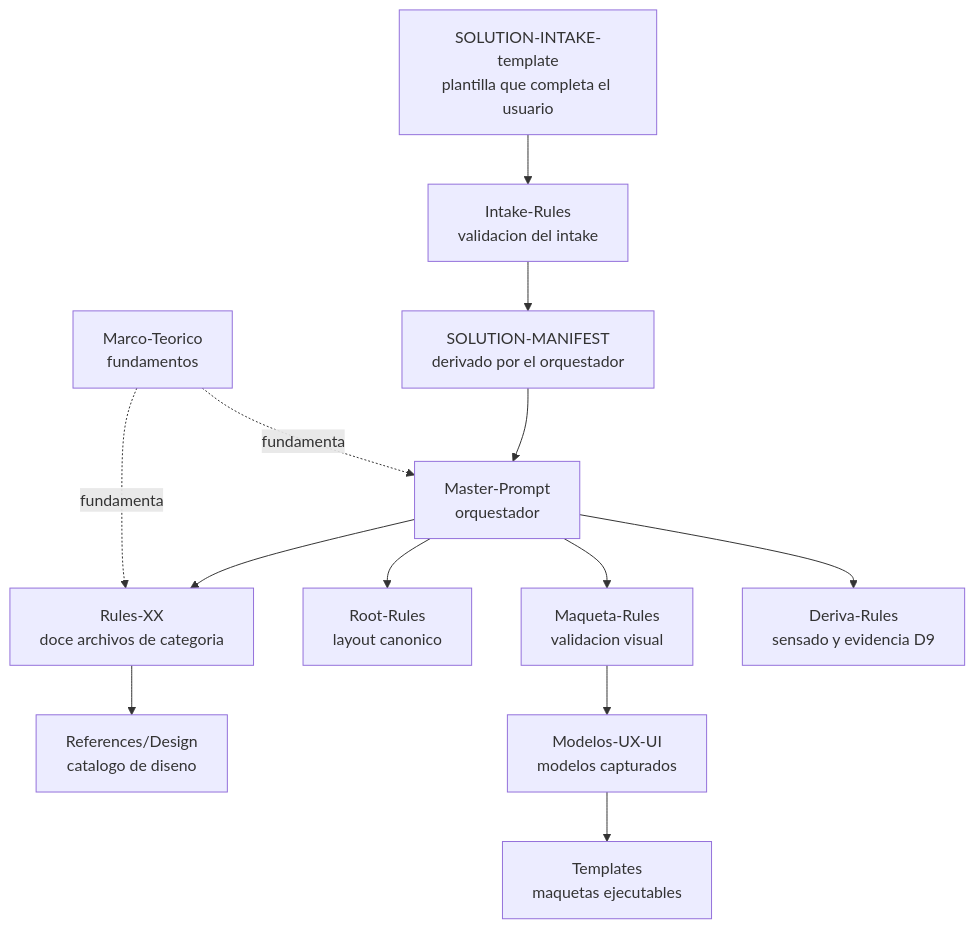
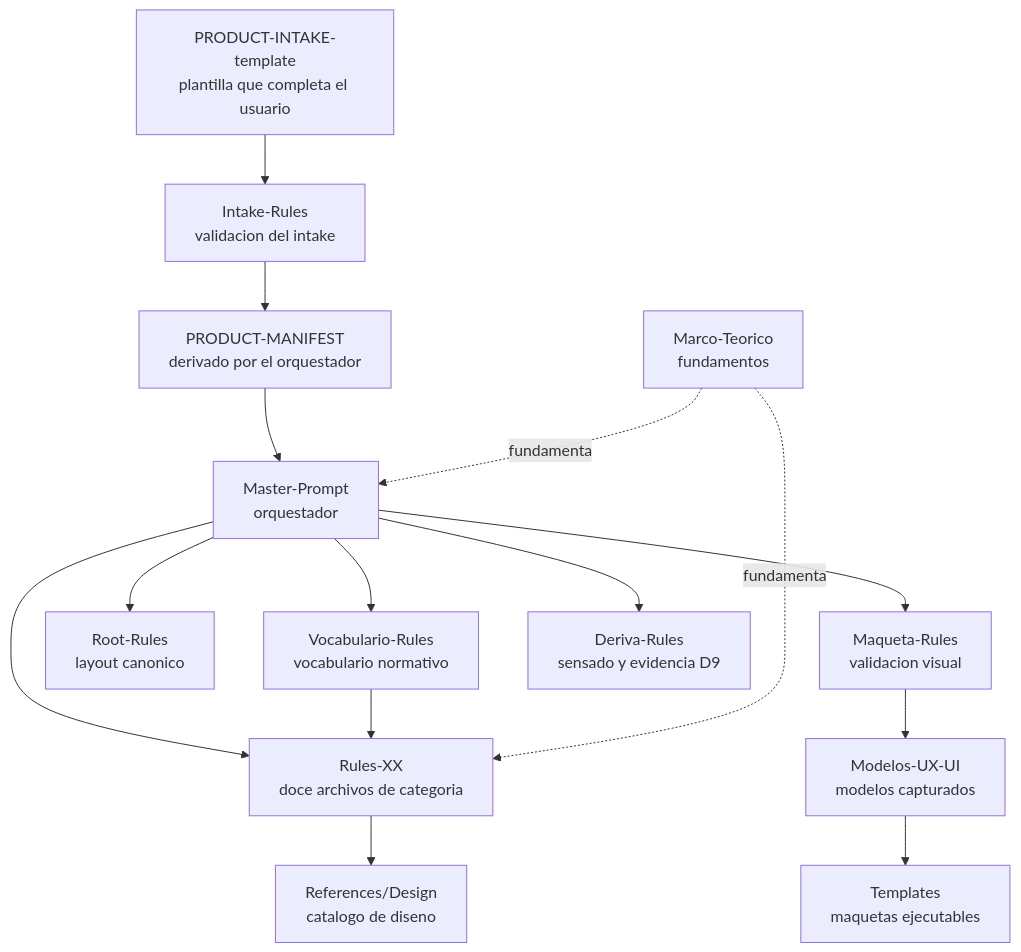
Before and after one commit to Aplicada-Streaming/IA.SDD: the first of 3 diagrams in SDD/Guides/SDD-Development-Guide.md, drawn with Mermaid. The commit also changed other lines of this file and 100 other files, not shown here.

````diff
--- a/SDD/Guides/SDD-Development-Guide.md
+++ b/SDD/Guides/SDD-Development-Guide.md
@@ -88,28 +88,31 @@
 ```mermaid
 graph TD
-    INTAKE[SOLUTION-INTAKE-template<br/>plantilla que completa el usuario]
+    INTAKE[PRODUCT-INTAKE-template<br/>plantilla que completa el usuario]
     IR[Intake-Rules<br/>validacion del intake]
-    MANIF[SOLUTION-MANIFEST<br/>derivado por el orquestador]
+    VOC[Vocabulario-Rules<br/>vocabulario normativo]
+    MANIF[PRODUCT-MANIFEST<br/>derivado por el orquestador]
     MP[Master-Prompt<br/>orquestador]
     RULES[Rules-XX<br/>doce archivos de categoria]
     ROOT[Root-Rules<br/>layout canonico]
     MAQ[Maqueta-Rules<br/>validacion visual]
     DER[Deriva-Rules<br/>sensado y evidencia D9]
     REF[References/Design<br/>catalogo de diseno]
     MOD[Modelos-UX-UI<br/>modelos capturados]
     TPL[Templates<br/>maquetas ejecutables]
     MT[Marco-Teorico<br/>fundamentos]
 
     INTAKE --> IR
     IR --> MANIF
     MANIF --> MP
     MP --> RULES
     MP --> ROOT
     MP --> MAQ
     MP --> DER
+    MP --> VOC
+    VOC --> RULES
     RULES --> REF
     MAQ --> MOD
     MOD --> TPL
     MT -.fundamenta.-> RULES
     MT -.fundamenta.-> MP
 ```
````
